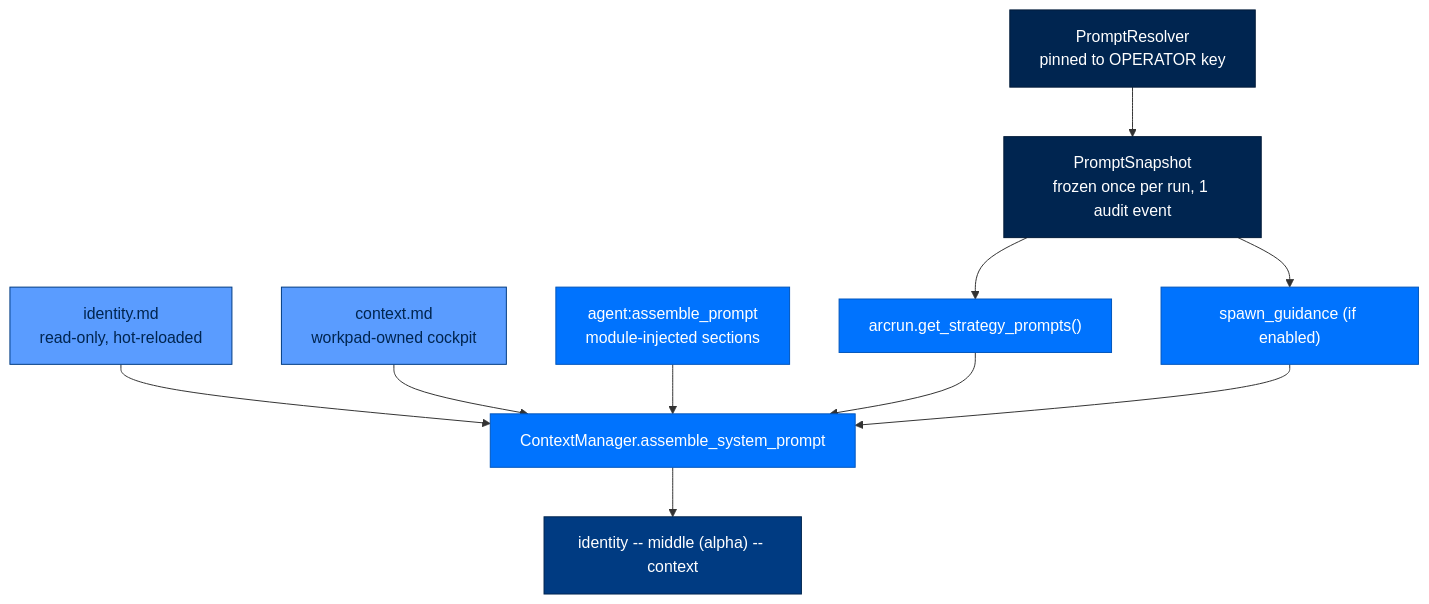
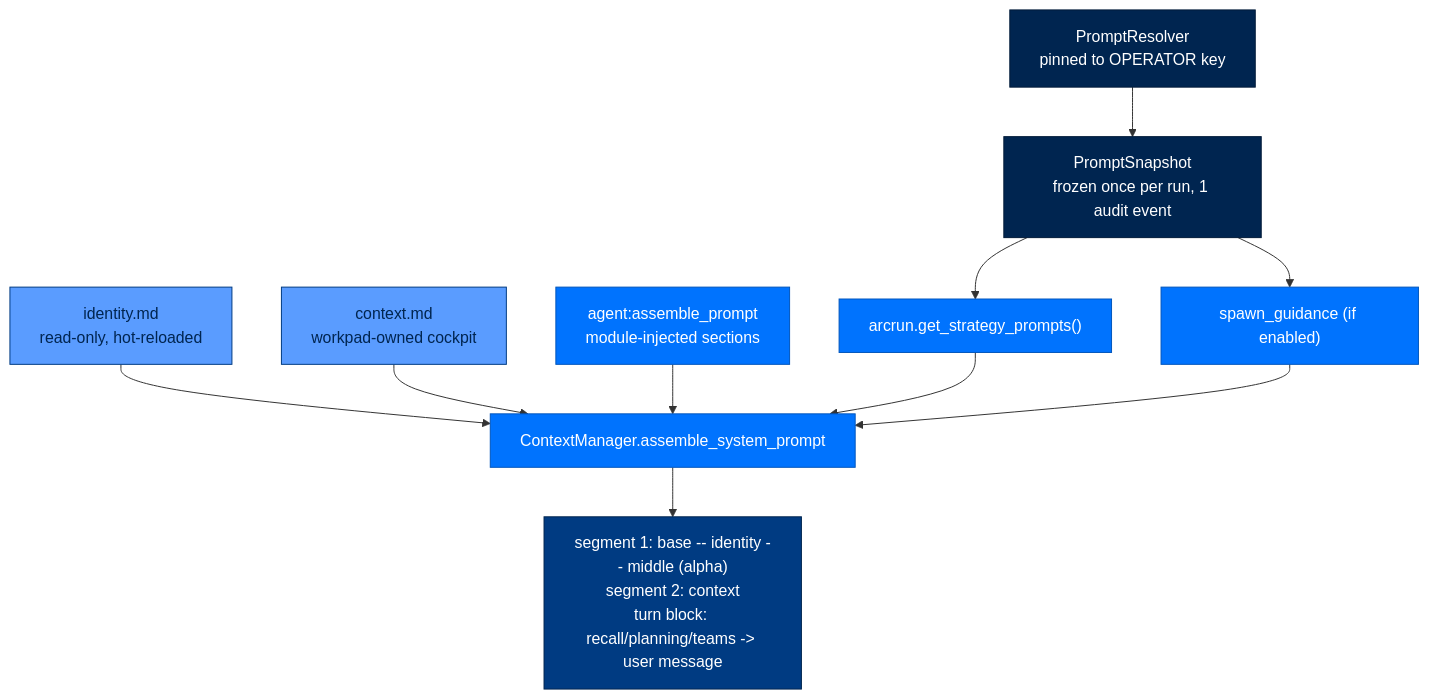
The second of 5 diagrams in docs/06-prompts-tools-skills.md (joshuamschultz/Arc), drawn with Mermaid before and after one commit. The commit also changed other lines of this file and 20 other files, not shown here.

````diff
--- a/docs/06-prompts-tools-skills.md
+++ b/docs/06-prompts-tools-skills.md
@@ -120,22 +125,22 @@
 ```mermaid
 flowchart TB
     R["PromptResolver<br/>pinned to OPERATOR key"] --> S["PromptSnapshot<br/>frozen once per run, 1 audit event"]
     S --> STRAT["arcrun.get_strategy_prompts()"]
     S --> SPAWN["spawn_guidance (if enabled)"]
     ID["identity.md<br/>read-only, hot-reloaded"] --> ASM
     CTX["context.md<br/>workpad-owned cockpit"] --> ASM
     BUS["agent:assemble_prompt<br/>module-injected sections"] --> ASM["ContextManager.assemble_system_prompt"]
     STRAT --> ASM
     SPAWN --> ASM
-    ASM --> OUT["identity -- middle (alpha) -- context"]
+    ASM --> OUT["segment 1: base -- identity -- middle (alpha)<br/>segment 2: context<br/>turn block: recall/planning/teams -> user message"]
     class R,S found
     class STRAT,SPAWN,BUS,ASM agent
     class ID,CTX surface
     class OUT llm
     classDef entry   fill:#D6E6FF,stroke:#0073FE,color:#002550
     classDef surface fill:#5A9CFF,stroke:#003B82,color:#002550
     classDef agent   fill:#0073FE,stroke:#0055BC,color:#FFFFFF
     classDef runtime fill:#0055BC,stroke:#003B82,color:#FFFFFF
     classDef llm     fill:#003B82,stroke:#002550,color:#FFFFFF
     classDef found   fill:#002550,stroke:#001A38,color:#FFFFFF
 ```
````
